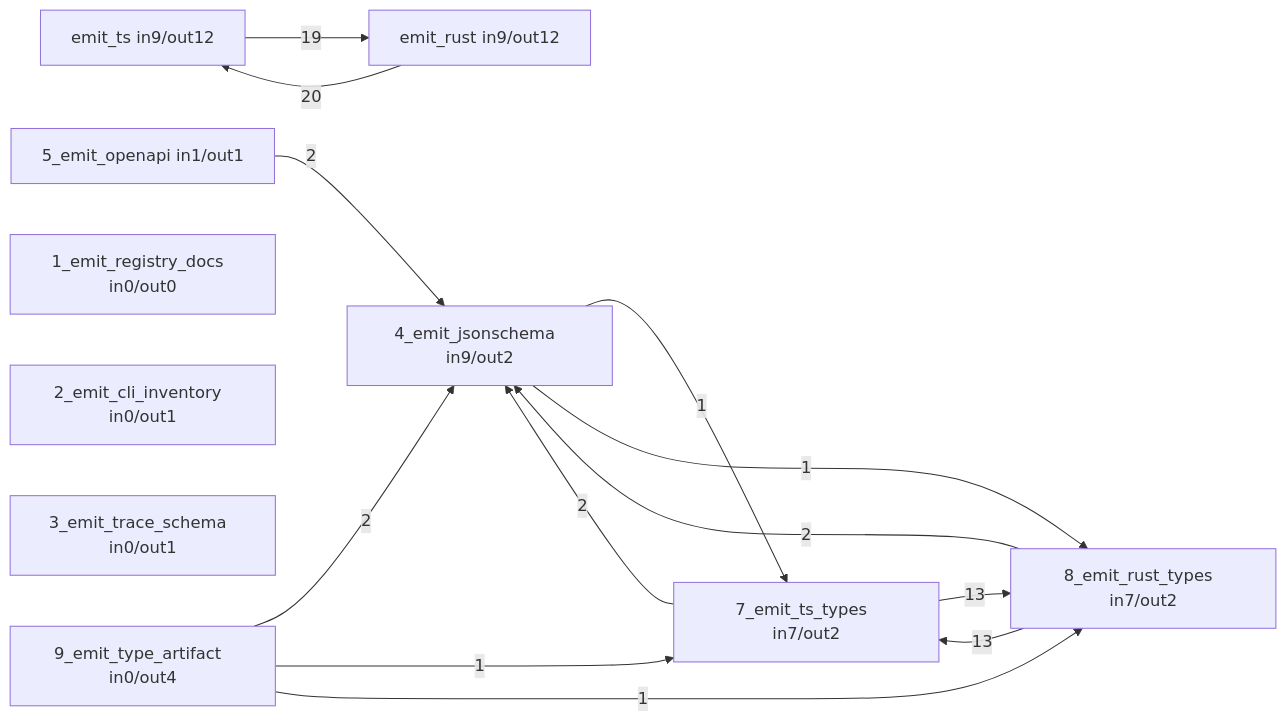
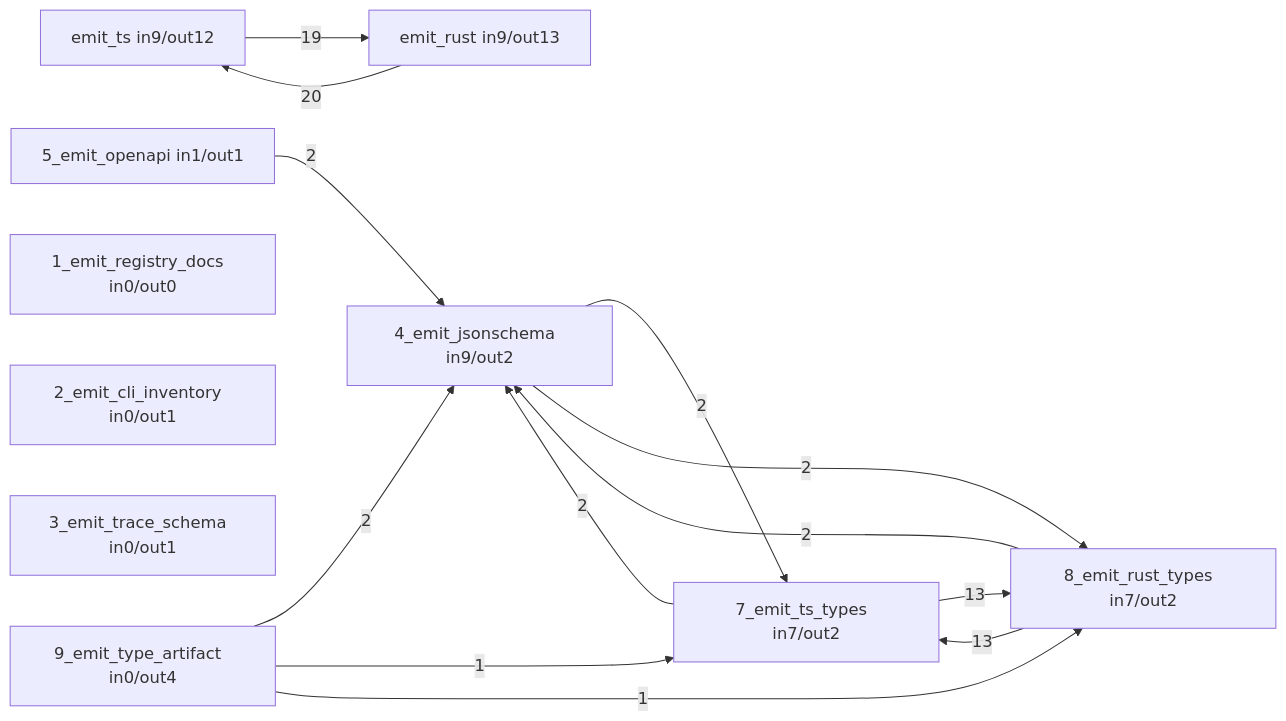
The fourth of 6 diagrams in docs/selfdoc/compiler.md (hafley66/sprefa), drawn with Mermaid before and after one commit. The commit also changed other lines of this file and 10 other files, not shown here.

````diff
--- a/docs/selfdoc/compiler.md
+++ b/docs/selfdoc/compiler.md
@@ -199,25 +199,25 @@
 ```mermaid
 flowchart LR
   n1["emit_ts  in9/out12"]
-  n2["emit_rust  in9/out12"]
+  n2["emit_rust  in9/out13"]
   n3["4_emit_jsonschema  in9/out2"]
   n4["8_emit_rust_types  in7/out2"]
   n5["7_emit_ts_types  in7/out2"]
   n6["5_emit_openapi  in1/out1"]
   n7["1_emit_registry_docs  in0/out0"]
   n8["2_emit_cli_inventory  in0/out1"]
   n9["3_emit_trace_schema  in0/out1"]
   n10["9_emit_type_artifact  in0/out4"]
   n2 -->|20| n1
   n1 -->|19| n2
   n5 -->|13| n4
   n4 -->|13| n5
+  n3 -->|2| n5
+  n3 -->|2| n4
   n6 -->|2| n3
   n5 -->|2| n3
   n4 -->|2| n3
   n10 -->|2| n3
-  n3 -->|1| n5
-  n3 -->|1| n4
   n10 -->|1| n5
   n10 -->|1| n4
 ```
````
